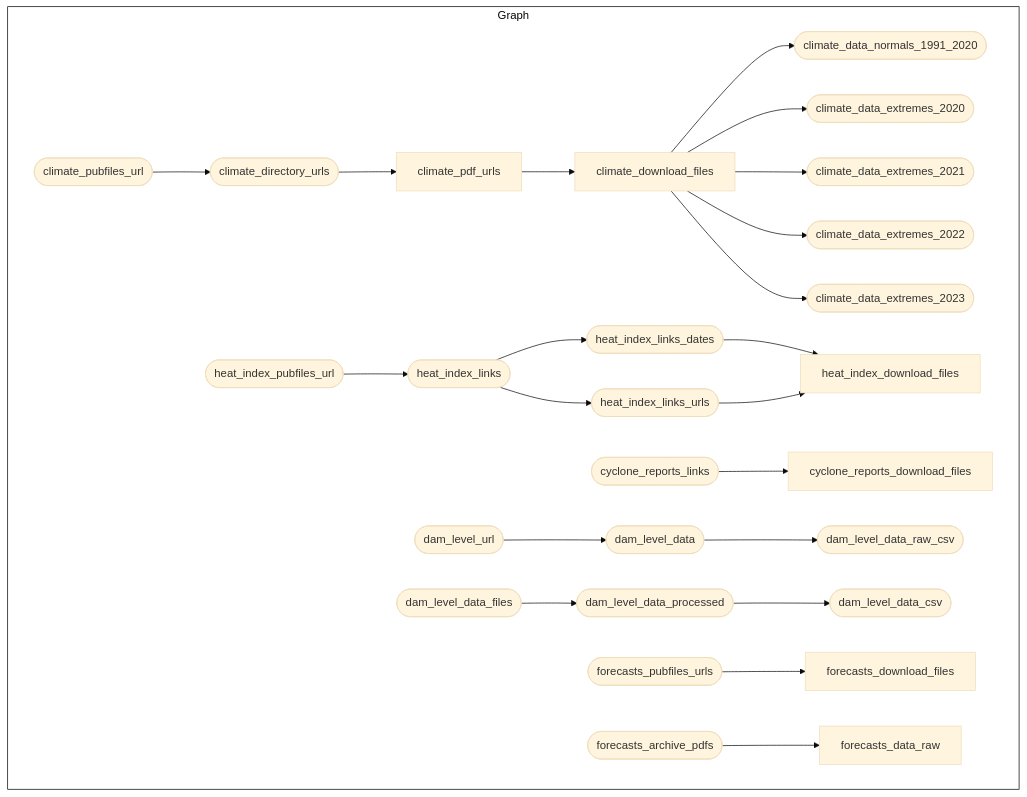
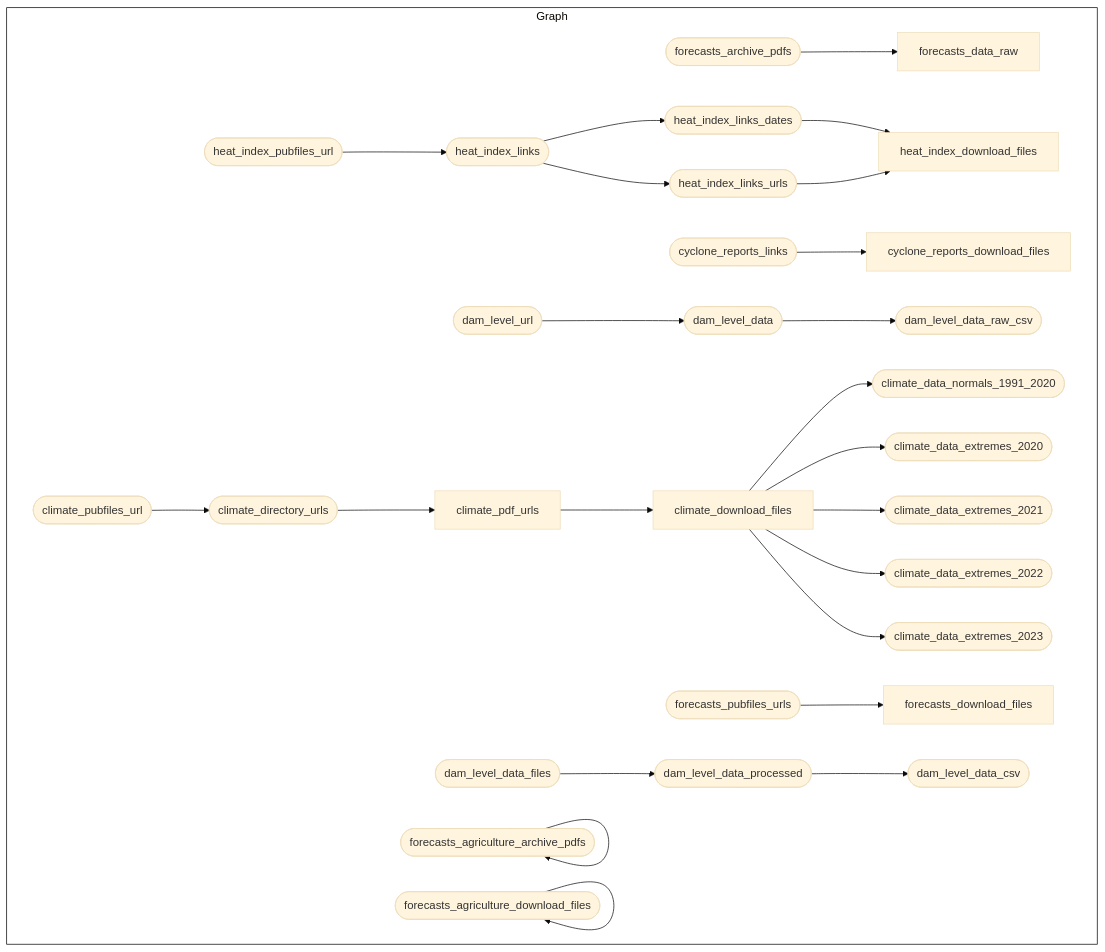
One commit to panukatan/paglaom changed the first of 2 diagrams in README.md. Above: the diagram before and after it, drawn with Mermaid (base theme). The commit also changed 1 other file, not shown here.

````diff
--- a/README.md
+++ b/README.md
@@ -187,27 +187,29 @@
 ``` mermaid
 graph LR
   style Graph fill:#FFFFFF00,stroke:#000000;
   subgraph Graph
     direction LR
+    x28812d8ea4d86f19(["forecasts_archive_pdfs"]):::outdated --> xcfcf871ca951fc3f["forecasts_data_raw"]:::outdated
+    x567709ab5f0adc71(["heat_index_pubfiles_url"]):::uptodate --> x56bd7c118ed46a38(["heat_index_links"]):::outdated
+    xb48a3b157c96bffd(["climate_pubfiles_url"]):::uptodate --> xa37a01adfb45bd68(["climate_directory_urls"]):::uptodate
+    xc77bb431ac7c3081(["dam_level_url"]):::uptodate --> x0de96327cc07b160(["dam_level_data"]):::outdated
     x56bd7c118ed46a38(["heat_index_links"]):::outdated --> xc432bd4e21a7b9fa(["heat_index_links_dates"]):::outdated
-    x26b861c7a0a21b52["climate_pdf_urls"]:::uptodate --> xc044beb81380bb4a["climate_download_files"]:::uptodate
-    xc77bb431ac7c3081(["dam_level_url"]):::uptodate --> x0de96327cc07b160(["dam_level_data"]):::outdated
+    xa37a01adfb45bd68(["climate_directory_urls"]):::uptodate --> x26b861c7a0a21b52["climate_pdf_urls"]:::uptodate
     x6f87cfcc96bb274d(["cyclone_reports_links"]):::outdated --> x1cf596d0c4f824b5["cyclone_reports_download_files"]:::outdated
-    xc432bd4e21a7b9fa(["heat_index_links_dates"]):::outdated --> x4f749438c4164b8e["heat_index_download_files"]:::outdated
-    x113a83dcec46090f(["heat_index_links_urls"]):::outdated --> x4f749438c4164b8e["heat_index_download_files"]:::outdated
-    xa37a01adfb45bd68(["climate_directory_urls"]):::uptodate --> x26b861c7a0a21b52["climate_pdf_urls"]:::uptodate
     xc044beb81380bb4a["climate_download_files"]:::uptodate --> x42da7c0722c063a6(["climate_data_normals_1991_2020"]):::outdated
-    xd2c3c65ab78d2c70(["dam_level_data_processed"]):::uptodate --> xfa0b497de91938bb(["dam_level_data_csv"]):::outdated
-    x0de96327cc07b160(["dam_level_data"]):::outdated --> x202d34e7af3ea1c1(["dam_level_data_raw_csv"]):::outdated
-    xb48a3b157c96bffd(["climate_pubfiles_url"]):::uptodate --> xa37a01adfb45bd68(["climate_directory_urls"]):::uptodate
+    x56bd7c118ed46a38(["heat_index_links"]):::outdated --> x113a83dcec46090f(["heat_index_links_urls"]):::outdated
     xc11d790635c14420(["forecasts_pubfiles_urls"]):::uptodate --> x7dd7e06e8ff4bc40["forecasts_download_files"]:::uptodate
-    x28812d8ea4d86f19(["forecasts_archive_pdfs"]):::uptodate --> xcfcf871ca951fc3f["forecasts_data_raw"]:::uptodate
-    x56bd7c118ed46a38(["heat_index_links"]):::outdated --> x113a83dcec46090f(["heat_index_links_urls"]):::outdated
-    x7255575025352eb6(["dam_level_data_files"]):::uptodate --> xd2c3c65ab78d2c70(["dam_level_data_processed"]):::uptodate
-    x567709ab5f0adc71(["heat_index_pubfiles_url"]):::uptodate --> x56bd7c118ed46a38(["heat_index_links"]):::outdated
     xc044beb81380bb4a["climate_download_files"]:::uptodate --> xe06460aefd475ca2(["climate_data_extremes_2020"]):::outdated
     xc044beb81380bb4a["climate_download_files"]:::uptodate --> xc83b489a1c433852(["climate_data_extremes_2021"]):::outdated
     xc044beb81380bb4a["climate_download_files"]:::uptodate --> x9b64b30afbfc8ff9(["climate_data_extremes_2022"]):::outdated
     xc044beb81380bb4a["climate_download_files"]:::uptodate --> xf620d5783ff15609(["climate_data_extremes_2023"]):::outdated
+    x7255575025352eb6(["dam_level_data_files"]):::uptodate --> xd2c3c65ab78d2c70(["dam_level_data_processed"]):::uptodate
+    x26b861c7a0a21b52["climate_pdf_urls"]:::uptodate --> xc044beb81380bb4a["climate_download_files"]:::uptodate
+    xc432bd4e21a7b9fa(["heat_index_links_dates"]):::outdated --> x4f749438c4164b8e["heat_index_download_files"]:::outdated
+    x113a83dcec46090f(["heat_index_links_urls"]):::outdated --> x4f749438c4164b8e["heat_index_download_files"]:::outdated
+    xd2c3c65ab78d2c70(["dam_level_data_processed"]):::uptodate --> xfa0b497de91938bb(["dam_level_data_csv"]):::uptodate
+    x0de96327cc07b160(["dam_level_data"]):::outdated --> x202d34e7af3ea1c1(["dam_level_data_raw_csv"]):::outdated
+    x6e2ddacb746493ac(["forecasts_agriculture_archive_pdfs"]):::uptodate --> x6e2ddacb746493ac(["forecasts_agriculture_archive_pdfs"]):::uptodate
+    x4b1f33bb14e8a195(["forecasts_agriculture_download_files"]):::outdated --> x4b1f33bb14e8a195(["forecasts_agriculture_download_files"]):::outdated
   end
 ```
````
